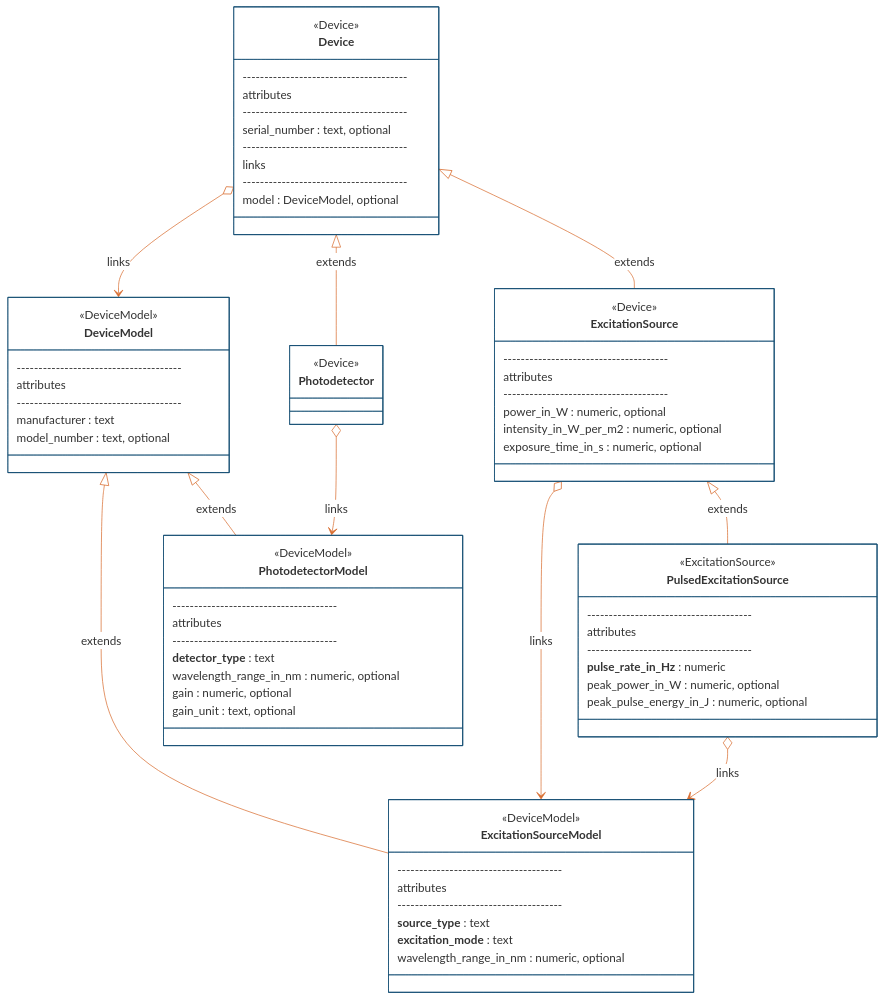
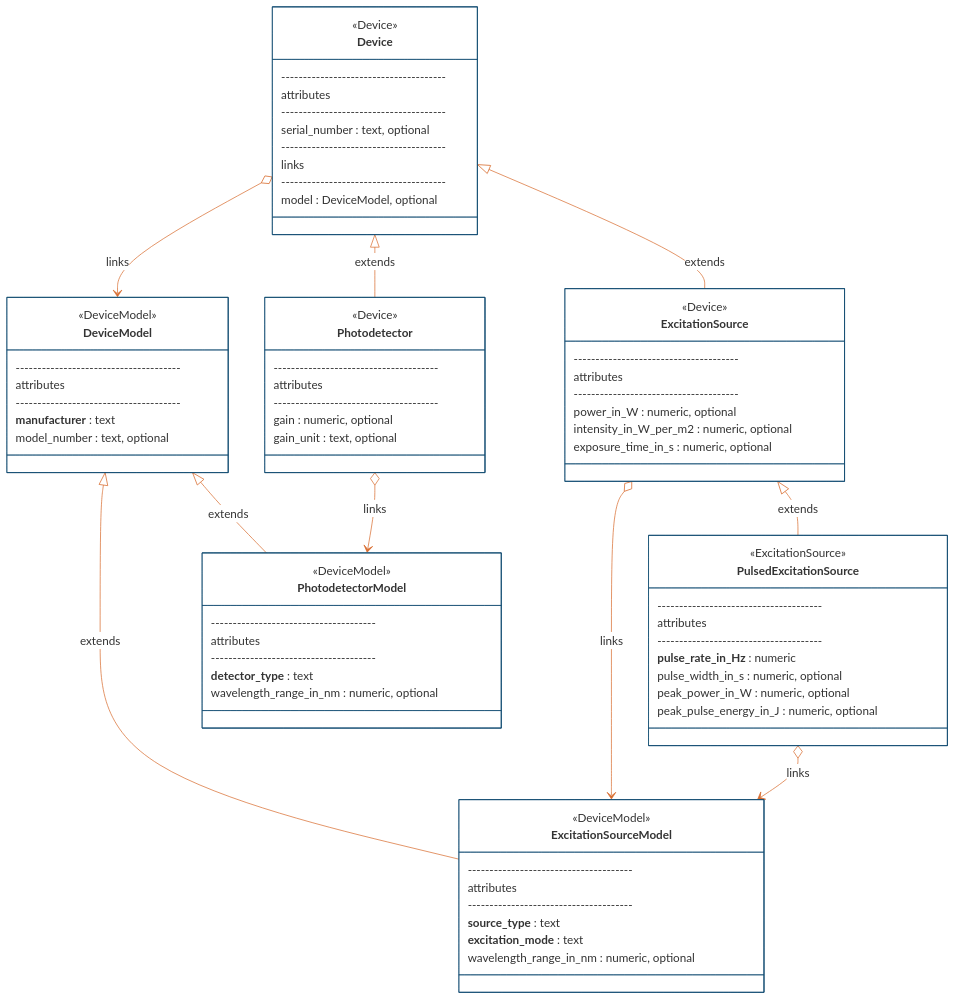
One commit to catalystneuro/ndx-ophys-devices changed the second of 4 diagrams in README.md. Above: the diagram before and after it, drawn with Mermaid. The commit also changed other lines of this file and 4 other files, not shown here.

```diff
--- a/README.md
+++ b/README.md
@@ -399,16 +431,16 @@
 %%{init: {'theme': 'base', 'themeVariables': {'primaryColor': '#ffffff', 'primaryBorderColor': '#144E73', 'lineColor': '#D96F32'}}}%%
 classDiagram
     direction TB
-    
+
     class DeviceModel{
         <<DeviceModel>>
         --------------------------------------
         attributes
         --------------------------------------
-        manufacturer : text
+        **manufacturer** : text
         model_number : text, optional
     }
-    
+
     class Device{
         <<Device>>
         --------------------------------------
@@ -420,7 +452,7 @@
         --------------------------------------
         model : DeviceModel, optional
     }
-    
+
     class ExcitationSourceModel{
         <<DeviceModel>>
         --------------------------------------
@@ -430,7 +462,7 @@
         **excitation_mode** : text
         wavelength_range_in_nm : numeric, optional
     }
-    
+
     class ExcitationSource{
         <<Device>>
         --------------------------------------
@@ -440,17 +472,18 @@
         intensity_in_W_per_m2 : numeric, optional
         exposure_time_in_s : numeric, optional
     }
-    
+
     class PulsedExcitationSource{
         <<ExcitationSource>>
         --------------------------------------
         attributes
         --------------------------------------
         **pulse_rate_in_Hz** : numeric
+        pulse_width_in_s : numeric, optional
         peak_power_in_W : numeric, optional
         peak_pulse_energy_in_J : numeric, optional
     }
-    
+
     class PhotodetectorModel{
         <<DeviceModel>>
         --------------------------------------
@@ -458,14 +491,17 @@
         --------------------------------------
         **detector_type** : text
         wavelength_range_in_nm : numeric, optional
+    }
+
+    class Photodetector{
+        <<Device>>
+        --------------------------------------
+        attributes
+        --------------------------------------
         gain : numeric, optional
         gain_unit : text, optional
     }
-    
-    class Photodetector{
-        <<Device>>
-    }
-    
+
     Device o--> DeviceModel : links
 
     DeviceModel <|-- ExcitationSourceModel : extends
```
